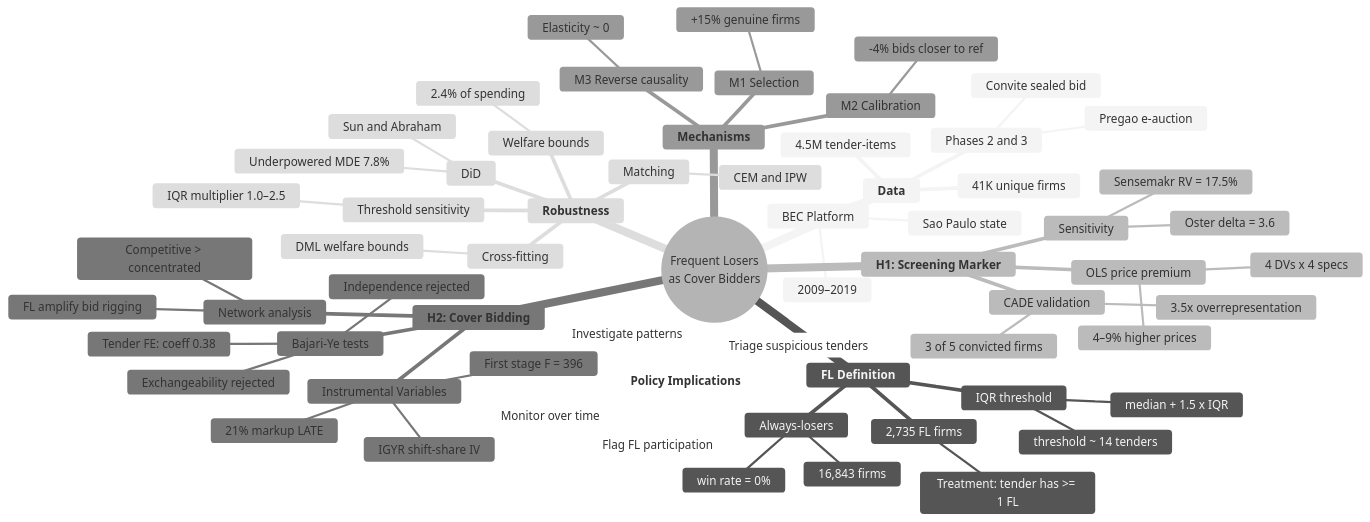
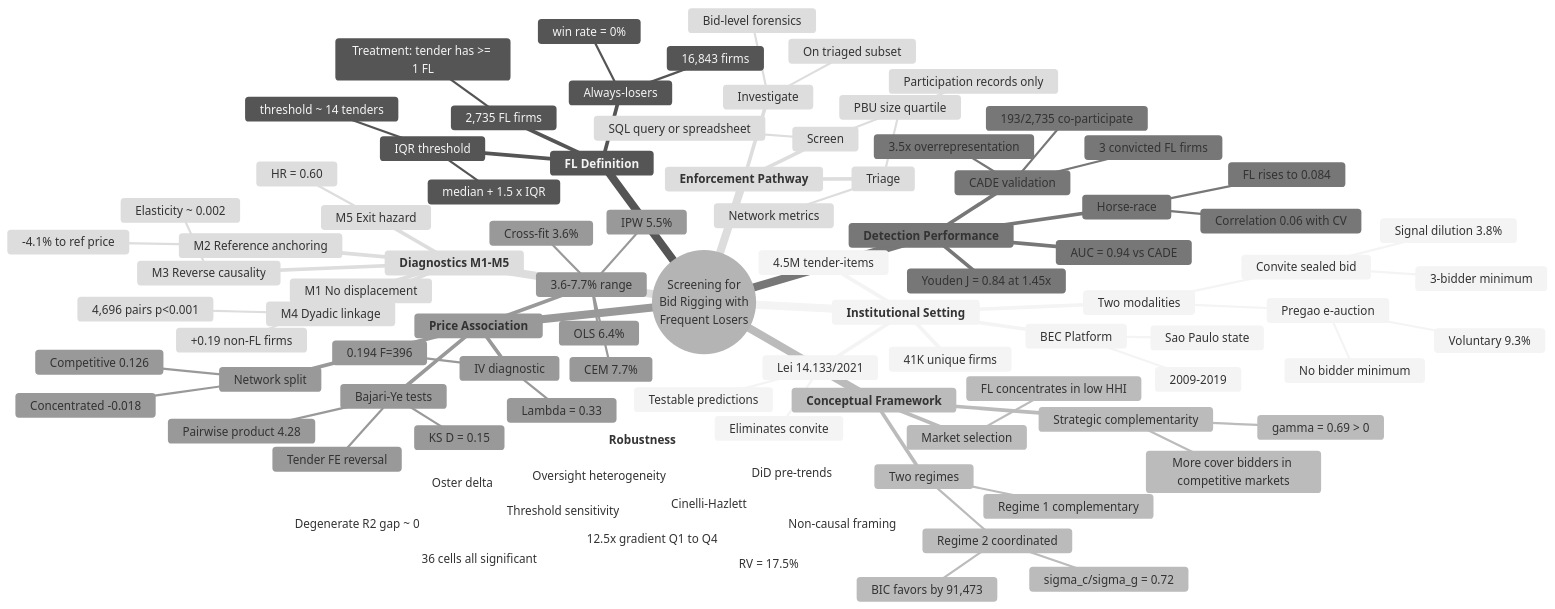
One commit to darciogm/darciogm.github.io changed the diagram in docs/research/frequent-losers/mindmap.md. Above: the diagram before and after it, drawn with Mermaid (neutral theme). The commit also changed other lines of this file and 10 other files, not shown here.

Commit message:
feat: update frequent-losers site to v5 (JLE repositioning)

````diff
--- a/docs/research/frequent-losers/mindmap.md
+++ b/docs/research/frequent-losers/mindmap.md
@@ -9,15 +5,22 @@
 ```mermaid
 mindmap
-  root((Frequent Losers<br/>as Cover Bidders))
-    **Data**
+  root((Screening for<br/>Bid Rigging with<br/>Frequent Losers))
+    **Institutional Setting**
       BEC Platform
         Sao Paulo state
-        2009–2019
+        2009-2019
       4.5M tender-items
       41K unique firms
-      Phases 2 and 3
+      Two modalities
         Convite sealed bid
+          3-bidder minimum
+          Signal dilution 3.8%
         Pregao e-auction
+          No bidder minimum
+          Voluntary 9.3%
+      Lei 14.133/2021
+        Eliminates convite
+        Testable predictions
     **FL Definition**
       Always-losers
         win rate = 0%
@@ -27,50 +30,73 @@
         threshold ~ 14 tenders
       2,735 FL firms
         Treatment: tender has >= 1 FL
-    **H1: Screening Marker**
-      OLS price premium
-        4–9% higher prices
-        4 DVs x 4 specs
+    **Conceptual Framework**
+      Two regimes
+        Regime 1 complementary
+        Regime 2 coordinated
+          BIC favors by 91,473
+          sigma_c/sigma_g = 0.72
+      Strategic complementarity
+        gamma = 0.69 > 0
+        More cover bidders in competitive markets
+      Market selection
+        FL concentrates in low HHI
+    **Detection Performance**
+      AUC = 0.94 vs CADE
+      Youden J = 0.84 at 1.45x
+      Horse-race
+        Correlation 0.06 with CV
+        FL rises to 0.084
       CADE validation
         3.5x overrepresentation
-        3 of 5 convicted firms
-      Sensitivity
-        Oster delta = 3.6
-        Sensemakr RV = 17.5%
-    **H2: Cover Bidding**
-      Instrumental Variables
-        IGYR shift-share IV
-        First stage F = 396
-        21% markup LATE
+        193/2,735 co-participate
+        3 convicted FL firms
+    **Price Association**
+      3.6-7.7% range
+        Cross-fit 3.6%
+        IPW 5.5%
+        OLS 6.4%
+        CEM 7.7%
+      Network split
+        Competitive 0.126
+        Concentrated -0.018
       Bajari-Ye tests
-        Exchangeability rejected
-        Independence rejected
-        Tender FE: coeff 0.38
-      Network analysis
-        Competitive > concentrated
-        FL amplify bid rigging
-    **Mechanisms**
-      M1 Selection
-        +15% genuine firms
-      M2 Calibration
-        -4% bids closer to ref
+        KS D = 0.15
+        Pairwise product 4.28
+        Tender FE reversal
+      IV diagnostic
+        0.194 F=396
+        Lambda = 0.33
+    **Diagnostics M1-M5**
+      M1 No displacement
+        +0.19 non-FL firms
+      M2 Reference anchoring
+        -4.1% to ref price
       M3 Reverse causality
-        Elasticity ~ 0
+        Elasticity ~ 0.002
+      M4 Dyadic linkage
+        4,696 pairs p<0.001
+      M5 Exit hazard
+        HR = 0.60
     **Robustness**
       Threshold sensitivity
-        IQR multiplier 1.0–2.5
-      Matching
-        CEM and IPW
-      Cross-fitting
-        DML welfare bounds
-      DiD
-        Sun and Abraham
-        Underpowered MDE 7.8%
-      Welfare bounds
-        2.4% of spending
-    **Policy Implications**
-      Flag FL participation
-      Triage suspicious tenders
-      Investigate patterns
-      Monitor over time
+        36 cells all significant
+      Cinelli-Hazlett
+        RV = 17.5%
+      Oster delta
+        Degenerate R2 gap ~ 0
+      DiD pre-trends
+        Non-causal framing
+      Oversight heterogeneity
+        12.5x gradient Q1 to Q4
+    **Enforcement Pathway**
+      Screen
+        Participation records only
+        SQL query or spreadsheet
+      Triage
+        Network metrics
+        PBU size quartile
+      Investigate
+        Bid-level forensics
+        On triaged subset
 ```
````
